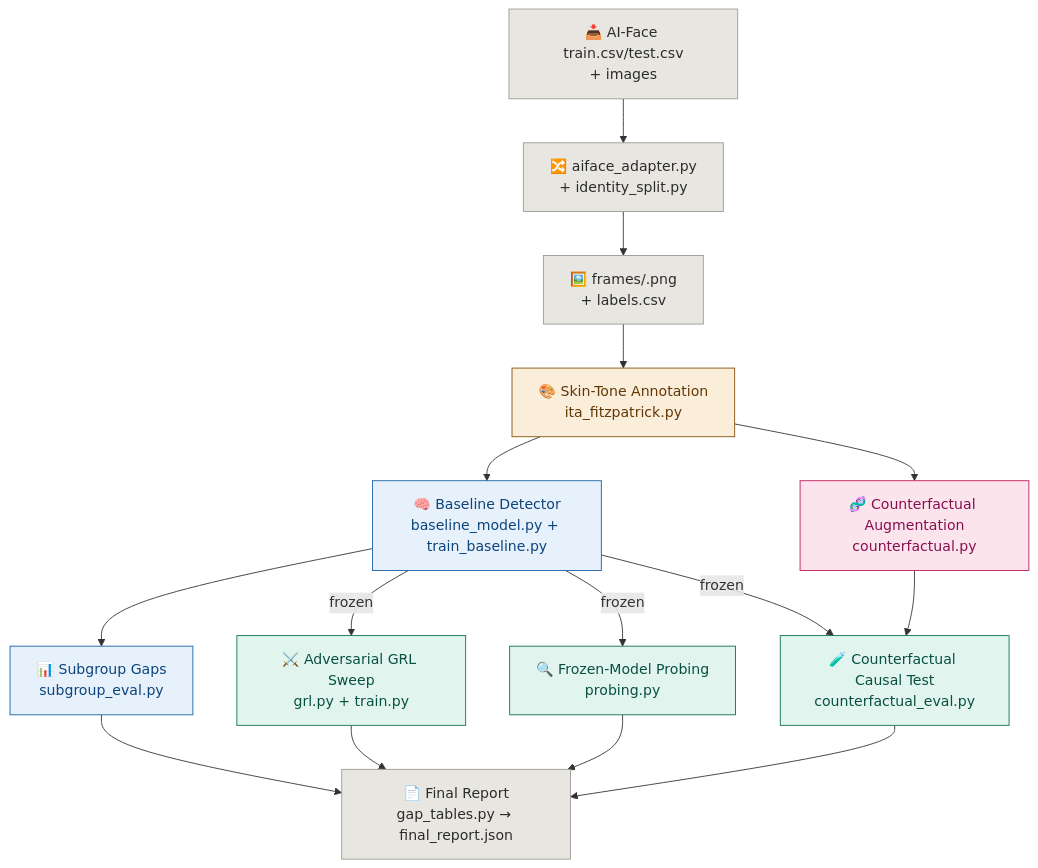
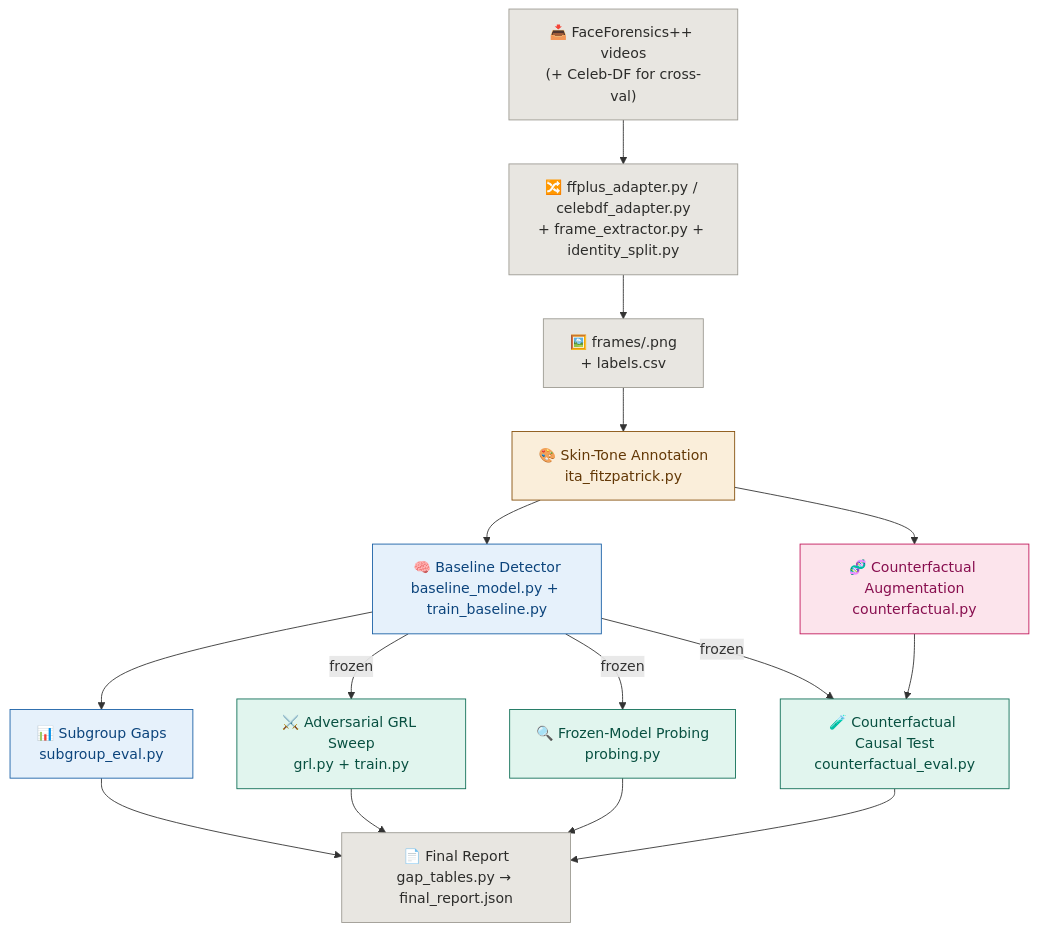
One commit to ria0304/FairFaceGuard changed the diagram in README.md. Above: the diagram before and after it, drawn with Mermaid. The commit also changed other lines of this file, not shown here.

````diff
--- a/README.md
+++ b/README.md
@@ -88,32 +105,32 @@
 ```mermaid
 flowchart TD
-    Z["📥 AI-Face train.csv/test.csv\n+ images"]:::gray
-    Y["🔀 aiface_adapter.py\n+ identity_split.py"]:::gray
+    Z["📥 FaceForensics++ videos\n(+ Celeb-DF for cross-val)"]:::gray
+    Y["🔀 ffplus_adapter.py / celebdf_adapter.py\n+ frame_extractor.py + identity_split.py"]:::gray
     A["🖼️ frames/<face_id>.png\n+ labels.csv"]:::gray
     B["🎨 Skin-Tone Annotation\nita_fitzpatrick.py"]:::amber
     C["🧬 Counterfactual Augmentation\ncounterfactual.py"]:::pink
     D["🧠 Baseline Detector\nbaseline_model.py + train_baseline.py"]:::blue
     E["📊 Subgroup Gaps\nsubgroup_eval.py"]:::blue
     F["⚔️ Adversarial GRL Sweep\ngrl.py + train.py"]:::teal
     G["🔍 Frozen-Model Probing\nprobing.py"]:::teal
     H["🧪 Counterfactual Causal Test\ncounterfactual_eval.py"]:::teal
     I["📄 Final Report\ngap_tables.py → final_report.json"]:::gray
 
     Z --> Y --> A
     A --> B --> C
     B --> D --> E
     D -->|"frozen"| F
     D -->|"frozen"| G
     D -->|"frozen"| H
     C --> H
     E --> I
     F --> I
     G --> I
     H --> I
 
     classDef gray   fill:#e8e6e1,stroke:#9c9a92,color:#2C2C2A
     classDef teal   fill:#E1F5EE,stroke:#0F6E56,color:#085041
     classDef blue   fill:#E6F1FB,stroke:#185FA5,color:#0C447C
     classDef amber  fill:#FAEEDA,stroke:#854F0B,color:#633806
     classDef pink   fill:#FCE4EC,stroke:#C2185B,color:#880E4F
 ```
````
